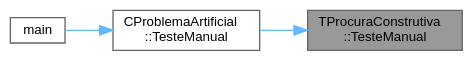
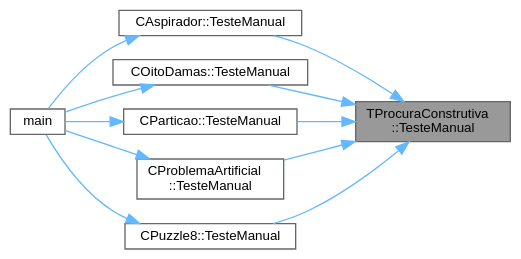
The diagram in group__RedefinicaoMandatoria_ga843a501e25cbaff7eb51d8d29995be3a_icgraph.dot (jcoelho72/TProcura), drawn with Graphviz before and after one commit. The commit also changed 389 other files, not shown here.

```diff
--- a/group__RedefinicaoMandatoria_ga843a501e25cbaff7eb51d8d29995be3a_icgraph.dot
+++ b/group__RedefinicaoMandatoria_ga843a501e25cbaff7eb51d8d29995be3a_icgraph.dot
@@ -1,13 +1,25 @@
 digraph "TProcuraConstrutiva::TesteManual"
 {
  // LATEX_PDF_SIZE
   bgcolor="transparent";
   edge [fontname=Helvetica,fontsize=10,labelfontname=Helvetica,labelfontsize=10];
   node [fontname=Helvetica,fontsize=10,shape=box,height=0.2,width=0.4];
   rankdir="RL";
   Node1 [id="Node000001",label="TProcuraConstrutiva\l::TesteManual",height=0.2,width=0.4,color="gray40", fillcolor="grey60", style="filled", fontcolor="black",tooltip="Inicializa a interação com o utilizador."];
-  Node1 -> Node2 [id="edge3_Node000001_Node000002",dir="back",color="steelblue1",style="solid",tooltip=" "];
-  Node2 [id="Node000002",label="CProblemaArtificial\l::TesteManual",height=0.2,width=0.4,color="grey40", fillcolor="white", style="filled",URL="$classCProblemaArtificial.html#abaad629eb538177261df40e1e27e92ed",tooltip="Inicializa a interação com o utilizador."];
-  Node2 -> Node3 [id="edge4_Node000002_Node000003",dir="back",color="steelblue1",style="solid",tooltip=" "];
+  Node1 -> Node2 [id="edge11_Node000001_Node000002",dir="back",color="steelblue1",style="solid",tooltip=" "];
+  Node2 [id="Node000002",label="CAspirador::TesteManual",height=0.2,width=0.4,color="grey40", fillcolor="white", style="filled",URL="$classCAspirador.html#a718c8187439940dec18a46a9e9e024e3",tooltip="Inicializa a interação com o utilizador."];
+  Node2 -> Node3 [id="edge12_Node000002_Node000003",dir="back",color="steelblue1",style="solid",tooltip=" "];
   Node3 [id="Node000003",label="main",height=0.2,width=0.4,color="grey40", fillcolor="white", style="filled",URL="$teste_8cpp.html#a0ddf1224851353fc92bfbff6f499fa97",tooltip=" "];
+  Node1 -> Node4 [id="edge13_Node000001_Node000004",dir="back",color="steelblue1",style="solid",tooltip=" "];
+  Node4 [id="Node000004",label="COitoDamas::TesteManual",height=0.2,width=0.4,color="grey40", fillcolor="white", style="filled",URL="$classCOitoDamas.html#a0fb443165d257ac17fc8cf5bc870404d",tooltip="Inicializa a interação com o utilizador."];
+  Node4 -> Node3 [id="edge14_Node000004_Node000003",dir="back",color="steelblue1",style="solid",tooltip=" "];
+  Node1 -> Node5 [id="edge15_Node000001_Node000005",dir="back",color="steelblue1",style="solid",tooltip=" "];
+  Node5 [id="Node000005",label="CParticao::TesteManual",height=0.2,width=0.4,color="grey40", fillcolor="white", style="filled",URL="$classCParticao.html#aa4d328b9944991f3fc52ce0726111865",tooltip="Inicializa a interação com o utilizador."];
+  Node5 -> Node3 [id="edge16_Node000005_Node000003",dir="back",color="steelblue1",style="solid",tooltip=" "];
+  Node1 -> Node6 [id="edge17_Node000001_Node000006",dir="back",color="steelblue1",style="solid",tooltip=" "];
+  Node6 [id="Node000006",label="CProblemaArtificial\l::TesteManual",height=0.2,width=0.4,color="grey40", fillcolor="white", style="filled",URL="$classCProblemaArtificial.html#abaad629eb538177261df40e1e27e92ed",tooltip="Inicializa a interação com o utilizador."];
+  Node6 -> Node3 [id="edge18_Node000006_Node000003",dir="back",color="steelblue1",style="solid",tooltip=" "];
+  Node1 -> Node7 [id="edge19_Node000001_Node000007",dir="back",color="steelblue1",style="solid",tooltip=" "];
+  Node7 [id="Node000007",label="CPuzzle8::TesteManual",height=0.2,width=0.4,color="grey40", fillcolor="white", style="filled",URL="$classCPuzzle8.html#a06d2a8f5d7e3670eb6ee75d7a72b0265",tooltip="Inicializa a interação com o utilizador."];
+  Node7 -> Node3 [id="edge20_Node000007_Node000003",dir="back",color="steelblue1",style="solid",tooltip=" "];
 }
```
